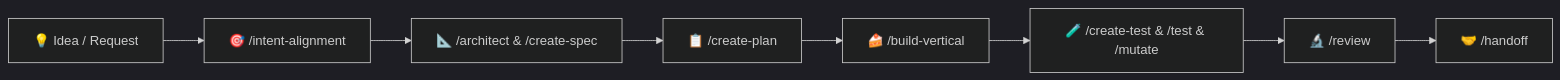
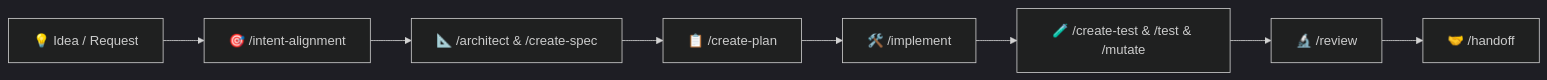
Before and after one commit to addy-47/ai-duct-tape: the diagram in README.md, drawn with Mermaid (dark theme). The commit also changed other lines of this file and 13 other files, not shown here.

````diff
--- a/README.md
+++ b/README.md
@@ -33,10 +33,10 @@
 ```mermaid
 flowchart LR
     A[💡 Idea / Request] --> B[🎯 /intent-alignment]
     B --> C[📐 /architect & /create-spec]
     C --> D[📋 /create-plan]
-    D --> E[🍰 /build-vertical]
+    D --> E[🛠️ /implement]
     E --> F[🧪 /create-test & /test & /mutate]
     F --> G[🔬 /review]
     G --> H[🤝 /handoff]
 ```
````
